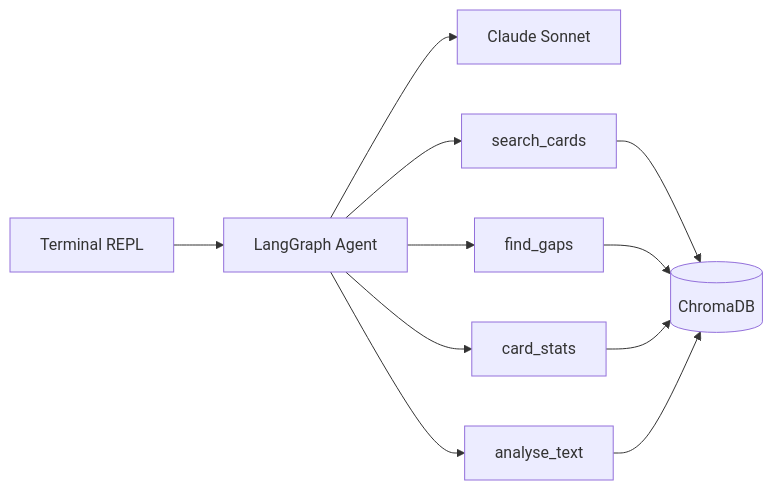
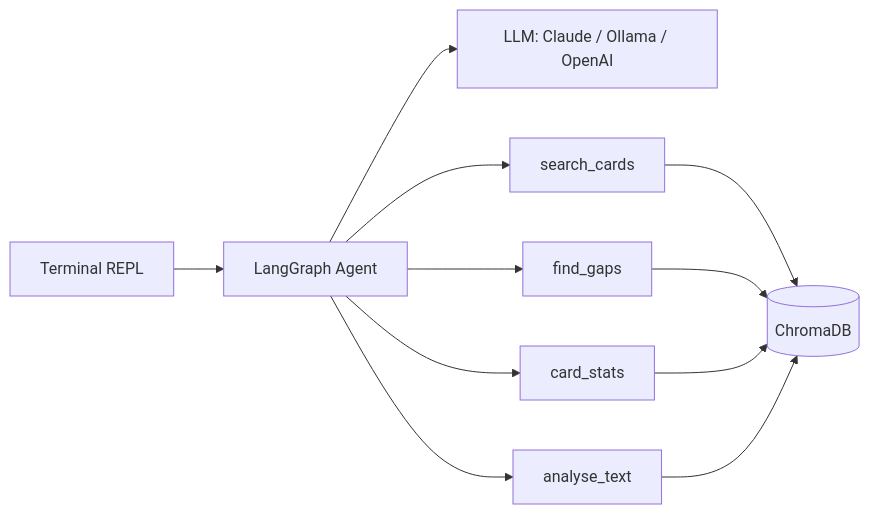
The diagram in README.md (leedoughty/anki-tomodachi), drawn with Mermaid before and after one commit. The commit also changed other lines of this file and 6 other files, not shown here.

````diff
--- a/README.md
+++ b/README.md
@@ -123,13 +152,13 @@
 ```mermaid
 flowchart LR
     CLI[Terminal REPL] --> Agent[LangGraph Agent]
-    Agent --> LLM[Claude Sonnet]
+    Agent --> LLM[LLM: Claude / Ollama / OpenAI]
     Agent --> search[search_cards]
     Agent --> gaps[find_gaps]
     Agent --> stats[card_stats]
     Agent --> analyse[analyse_text]
     search --> Chroma[(ChromaDB)]
     gaps --> Chroma
     stats --> Chroma
     analyse --> Chroma
 ```
````
